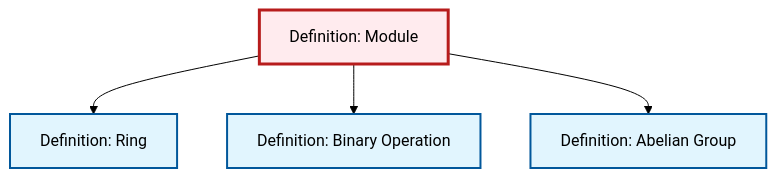
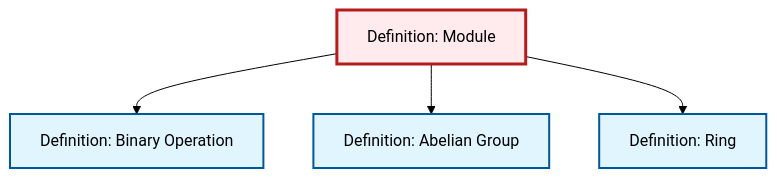
One commit to RK0429/ModernMath changed the diagram in content/ja/algebra/def-module.qmd. Above: the diagram before and after it, drawn with Mermaid (forest theme). The commit also changed other lines of this file and 360 other files, not shown here.

````diff
--- a/content/ja/algebra/def-module.qmd
+++ b/content/ja/algebra/def-module.qmd
@@ -56,20 +56,20 @@
 ```{mermaid}
 %%| fig-cap: "Local dependency graph"
 graph TD
     classDef definition fill:#e1f5fe,stroke:#01579b,stroke-width:2px
     classDef theorem fill:#f3e5f5,stroke:#4a148c,stroke-width:2px
     classDef axiom fill:#fff3e0,stroke:#e65100,stroke-width:2px
     classDef example fill:#e8f5e9,stroke:#1b5e20,stroke-width:2px
     classDef current fill:#ffebee,stroke:#b71c1c,stroke-width:3px
-    def-module["Definition: Module"]:::definition
-    def-binary-operation["Definition: Binary Operation"]:::definition
     def-abelian-group["Definition: Abelian Group"]:::definition
     def-ring["Definition: Ring"]:::definition
-    def-module --> def-ring
+    def-binary-operation["Definition: Binary Operation"]:::definition
+    def-module["Definition: Module"]:::definition
     def-module --> def-binary-operation
     def-module --> def-abelian-group
+    def-module --> def-ring
     class def-module current
-    click def-binary-operation "def-binary-operation.html" "Definition: Binary Operationへ"
     click def-abelian-group "def-abelian-group.html" "Definition: Abelian Groupへ"
     click def-ring "def-ring.html" "Definition: Ringへ"
+    click def-binary-operation "def-binary-operation.html" "Definition: Binary Operationへ"
 ```
````
